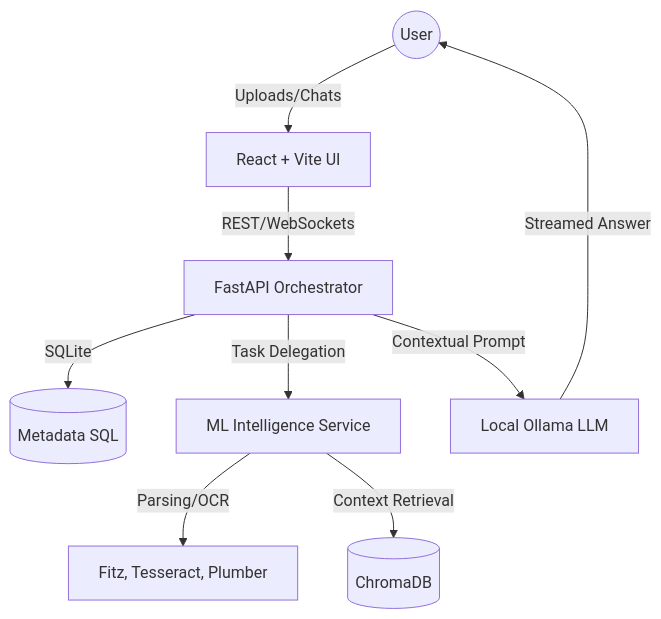
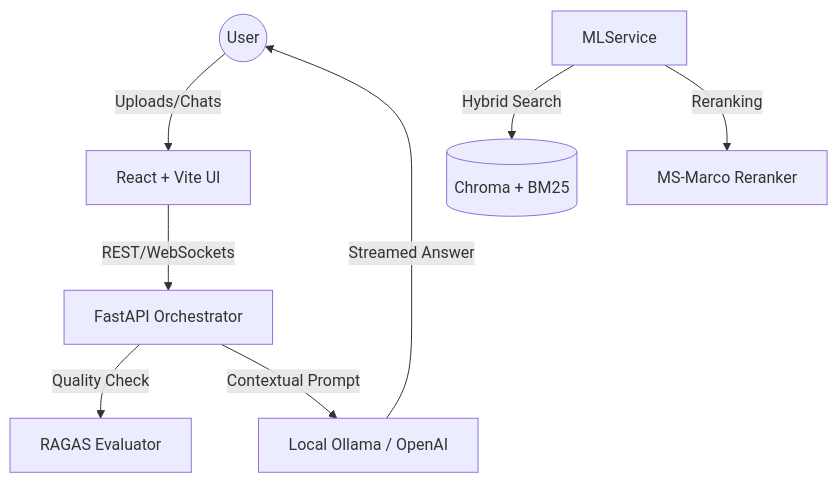
One commit to amit-dhakad/customDoc-vectorSearch changed the diagram in README.md. Above: the diagram before and after it, drawn with Mermaid. The commit also changed other lines of this file and 28 other files, not shown here.

````diff
--- a/README.md
+++ b/README.md
@@ -15,11 +55,10 @@
 ```mermaid
 graph TD
     User((User)) -->|Uploads/Chats| Frontend[React + Vite UI]
     Frontend -->|REST/WebSockets| Backend[FastAPI Orchestrator]
-    Backend -->|SQLite| DB[(Metadata SQL)]
-    Backend -->|Task Delegation| MLService[ML Intelligence Service]
-    MLService -->|Parsing/OCR| Parsers[Fitz, Tesseract, Plumber]
-    MLService -->|Context Retrieval| VectorDB[(ChromaDB)]
-    Backend -->|Contextual Prompt| LLM[Local Ollama LLM]
+    Backend -->|Quality Check| RAGAS[RAGAS Evaluator]
+    MLService -->|Hybrid Search| VectorDB[(Chroma + BM25)]
+    MLService -->|Reranking| CrossEncoder[MS-Marco Reranker]
+    Backend -->|Contextual Prompt| LLM[Local Ollama / OpenAI]
     LLM -->|Streamed Answer| User
 ```
````
